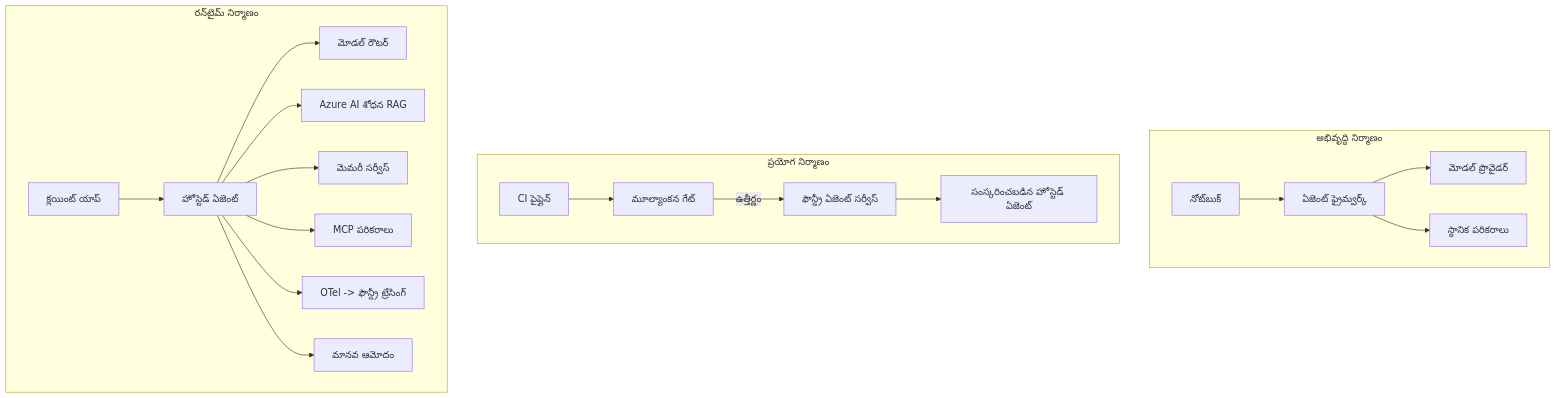
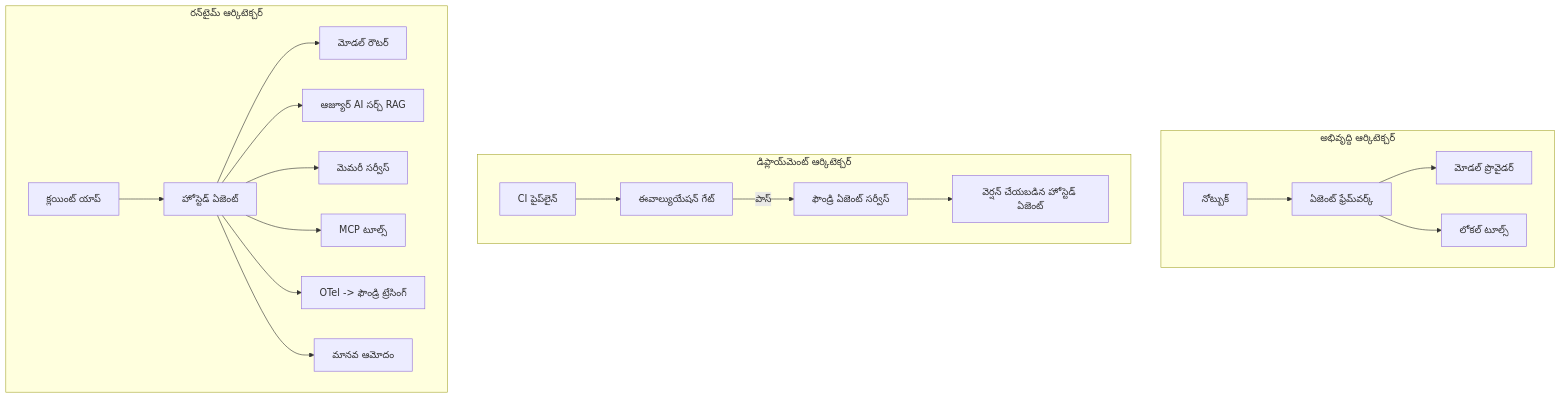
Before and after one commit to microsoft/ai-agents-for-beginners: the fourth of 4 diagrams in translations/te/16-deploying-scalable-agents/README.md, drawn with Mermaid. The commit also changed other lines of this file and 43 other files, not shown here.

````diff
--- a/translations/te/16-deploying-scalable-agents/README.md
+++ b/translations/te/16-deploying-scalable-agents/README.md
@@ -185,22 +185,22 @@
 ```mermaid
 flowchart TB
-    subgraph Dev[అభివృద్ధి నిర్మాణం]
-        D1[నోట్‌బుక్] --> D2[ఏజెంట్ ఫ్రైమ్వర్క్]
+    subgraph Dev[అభివృద్ధి ఆర్కిటెక్చర్]
+        D1[నోట్బుక్] --> D2[ఏజెంట్ ఫ్రేమ్‌వర్క్]
         D2 --> D3[మోడల్ ప్రొవైడర్]
-        D2 --> D4[స్థానిక పరికరాలు]
+        D2 --> D4[లోకల్ టూల్స్]
     end
-    subgraph Deploy[ప్రయోగ నిర్మాణం]
-        E1[CI పైప్లైన్] --> E2[మూల్యాంకన గేట్]
-        E2 -->|ఉత్తీర్ణం| E3[ఫౌన్డ్రీ ఏజెంట్ సర్వీస్]
-        E3 --> E4[సంస్కరించబడిన హోస్టెడ్ ఏజెంట్]
+    subgraph Deploy[డిప్లాయ్‌మెంట్ ఆర్కిటెక్చర్]
+        E1[CI పైప్‌లైన్] --> E2[ఈవాల్యుయేషన్ గేట్]
+        E2 -->|పాస్| E3[ఫౌండ్రి ఏజెంట్ సర్వీస్]
+        E3 --> E4[వెర్షన్ చేయబడిన హోస్టెడ్ ఏజెంట్]
     end
-    subgraph Run[రన్‌టైమ్ నిర్మాణం]
+    subgraph Run[రన్‌టైమ్ ఆర్కిటెక్చర్]
         F1[క్లయింట్ యాప్] --> F2[హోస్టెడ్ ఏజెంట్]
         F2 --> F3[మోడల్ రౌటర్]
-        F2 --> F4[Azure AI శోధన RAG]
+        F2 --> F4[ఆజ్యూర్ AI సర్చ్ RAG]
         F2 --> F5[మెమరీ సర్వీస్]
-        F2 --> F6[MCP పరికరాలు]
-        F2 --> F7[OTel -> ఫౌన్డ్రీ ట్రేసింగ్]
+        F2 --> F6[MCP టూల్స్]
+        F2 --> F7[OTel -> ఫౌండ్రి ట్రేసింగ్]
         F2 --> F8[మానవ ఆమోదం]
     end
 ```
````
